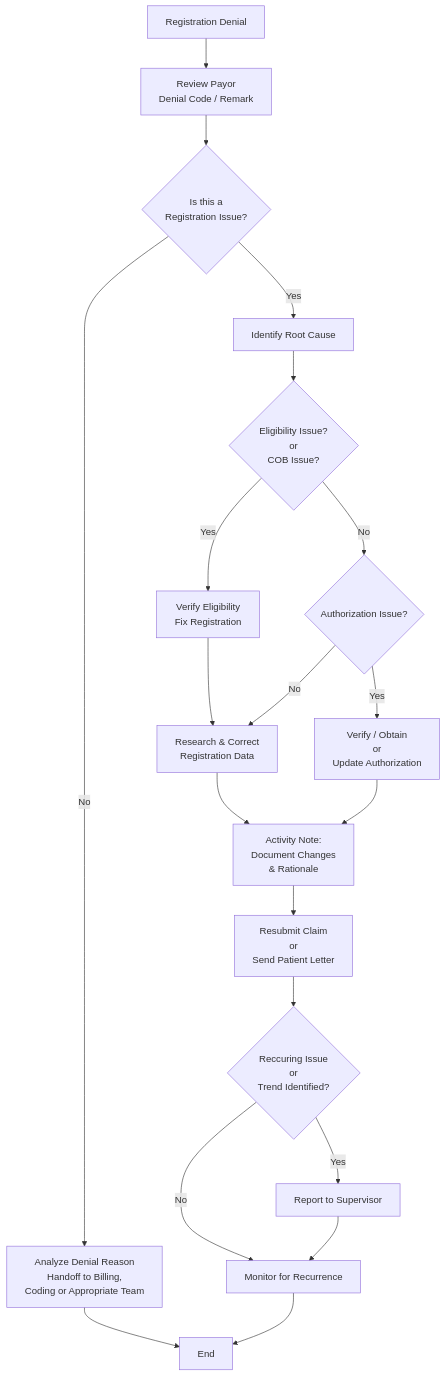
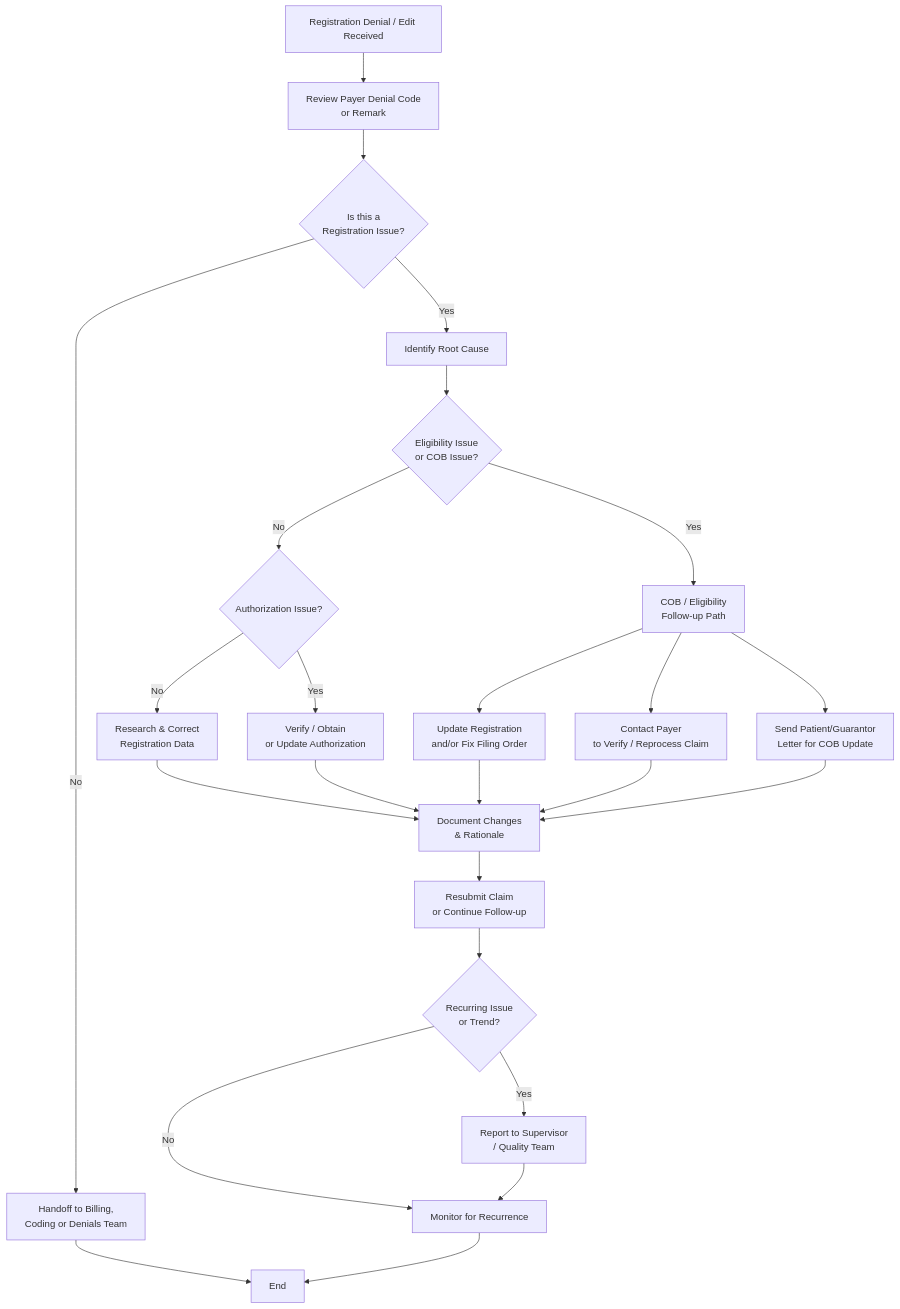
The diagram in workflows/registration-workflow.md (shainemeister/revenue-cycle-sop-and-workflow-framework), drawn with Mermaid before and after one commit. The commit also changed other lines of this file, not shown here.

Commit message:
Update registration-workflow.md to v1.3: Refined Visual Process Flow to better handle COB variability with three clear end-point outcomes as requested. Improved structure while keeping the diagram clean and simple per framework guidelines.

````diff
--- a/workflows/registration-workflow.md
+++ b/workflows/registration-workflow.md
@@ -18,22 +18,27 @@
 ```mermaid
 flowchart TD
-    A[Registration Denial] --> B[Review Payor<br />Denial Code / Remark]
+    A[Registration Denial / Edit Received] --> B[Review Payer Denial Code<br/>or Remark]
     B --> C{Is this a<br/>Registration Issue?}
-    C -->|No| D[Analyze Denial Reason<br />Handoff to Billing,<br/>Coding or Appropriate Team]
+    C -->|No| D[Handoff to Billing,<br/>Coding or Denials Team]
     C -->|Yes| E[Identify Root Cause]
-    E --> F{Eligibility Issue?<br/>or<br/>COB Issue?}
-    F -->|Yes| G[Verify Eligibility<br/>Fix Registration]
+    E --> F{Eligibility Issue<br/>or COB Issue?}
+    F -->|Yes| G[COB / Eligibility<br/>Follow-up Path]
     F -->|No| H{Authorization Issue?}
-    G --> I[Research & Correct<br/>Registration Data]
-    H -->|Yes| J[Verify / Obtain<br/>or<br/>Update Authorization]
-    H -->|No| I
-    I --> K[Activity Note:<br />Document Changes<br/>& Rationale]
+    G --> G1[Update Registration<br/>and/or Fix Filing Order]
+    G --> G2[Contact Payer<br/>to Verify / Reprocess Claim]
+    G --> G3[Send Patient/Guarantor<br/>Letter for COB Update]
+    H -->|Yes| J[Verify / Obtain<br/>or Update Authorization]
+    H -->|No| I[Research & Correct<br/>Registration Data]
+    I --> K[Document Changes<br/>& Rationale]
     J --> K
-    K --> L[Resubmit Claim<br/>or<br/>Send Patient Letter]
-    L --> M{Reccuring Issue<br/>or<br/>Trend Identified?}
-    M -->|Yes| N[Report to Supervisor]
+    G1 --> K
+    G2 --> K
+    G3 --> K
+    K --> L[Resubmit Claim<br/>or Continue Follow-up]
+    L --> M{Recurring Issue<br/>or Trend?}
+    M -->|Yes| N[Report to Supervisor<br/>/ Quality Team]
     M -->|No| O[Monitor for Recurrence]
     N --> O
     D --> P[End]
     O --> P
 ```
````
